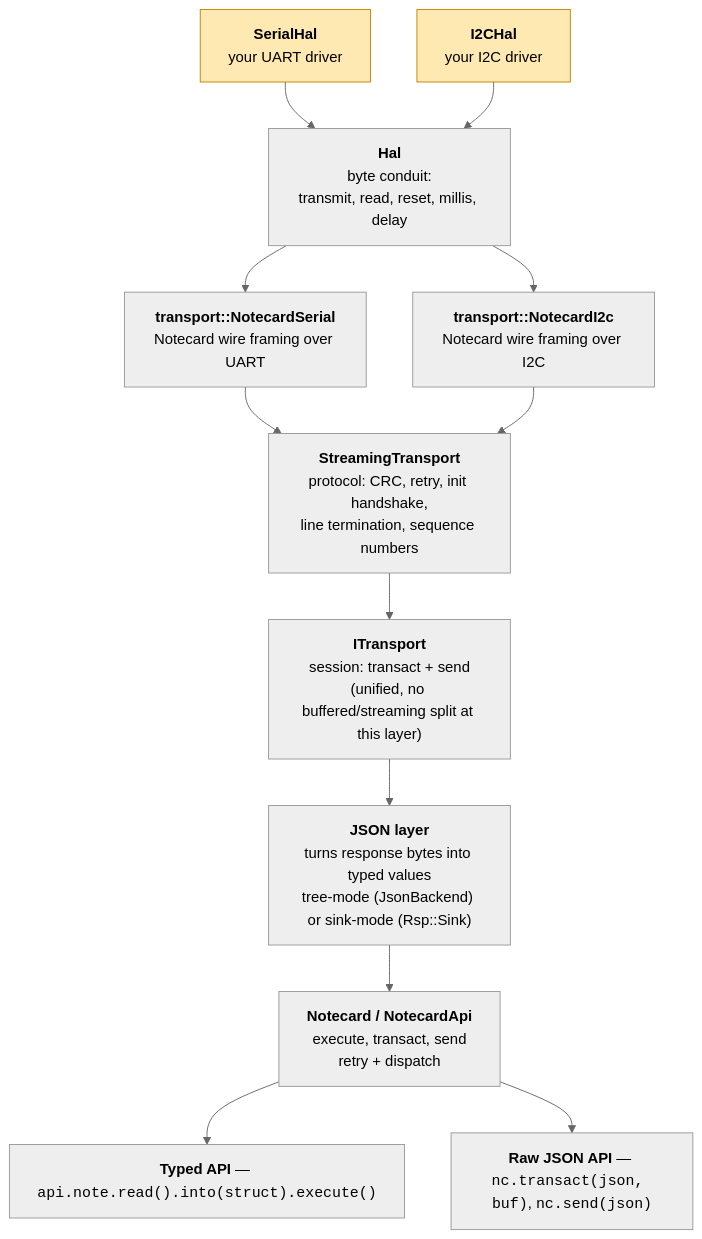
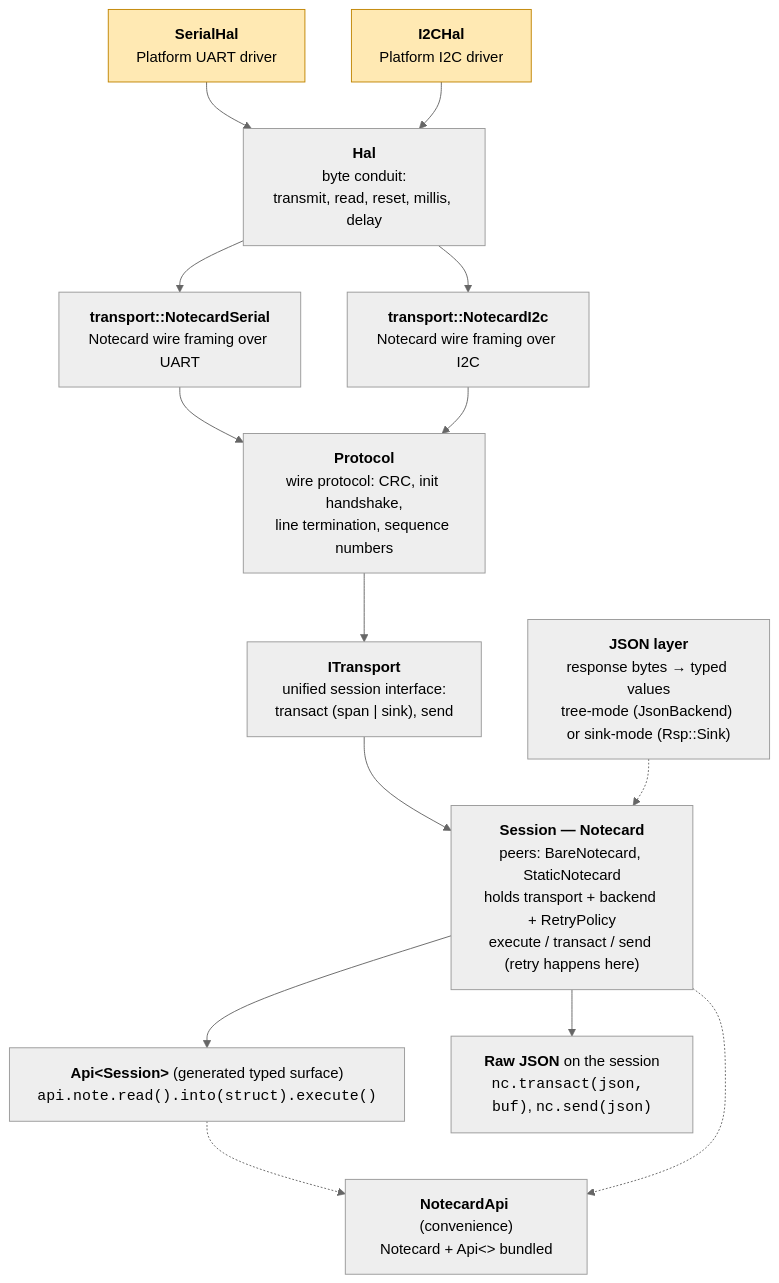
The diagram in docs/transport.md (m-mcgowan/note-cpp), drawn with Mermaid (neutral theme) before and after one commit. The commit also changed other lines of this file, not shown here.

First line of the commit message:
docs(transport): Restate the layered model post-Phase-4 rename

````diff
--- a/docs/transport.md
+++ b/docs/transport.md
@@ -12,29 +44,32 @@
 ```mermaid
 flowchart TD
     Hal["<b>Hal</b><br/>byte conduit:<br/>transmit, read, reset, millis, delay"]
     NCSer["<b>transport::NotecardSerial</b><br/>Notecard wire framing over UART"]
     NCI2C["<b>transport::NotecardI2c</b><br/>Notecard wire framing over I2C"]
-    Proto["<b>StreamingTransport</b><br/>protocol: CRC, retry, init handshake,<br/>line termination, sequence numbers"]
-    ITrans["<b>ITransport</b><br/>session: transact + send<br/>(unified, no buffered/streaming split at this layer)"]
-    JsonLayer["<b>JSON layer</b><br/>turns response bytes into typed values<br/>tree-mode (JsonBackend) or sink-mode (Rsp::Sink)"]
-    NC["<b>Notecard / NotecardApi</b><br/>execute, transact, send<br/>retry + dispatch"]
-    Typed["<b>Typed API</b> — <code>api.note.read().into(struct).execute()</code>"]
-    Raw["<b>Raw JSON API</b> — <code>nc.transact(json, buf)</code>, <code>nc.send(json)</code>"]
+    Proto["<b>Protocol</b><br/>wire protocol: CRC, init handshake,<br/>line termination, sequence numbers"]
+    ITrans["<b>ITransport</b><br/>unified session interface:<br/>transact (span | sink), send"]
+    JsonLayer["<b>JSON layer</b><br/>response bytes → typed values<br/>tree-mode (JsonBackend) or sink-mode (Rsp::Sink)"]
+    Session["<b>Session — Notecard</b><br/>peers: BareNotecard, StaticNotecard<br/>holds transport + backend + RetryPolicy<br/>execute / transact / send (retry happens here)"]
+    Api["<b>Api&lt;Session&gt;</b> (generated typed surface)<br/><code>api.note.read().into(struct).execute()</code>"]
+    Raw["<b>Raw JSON</b> on the session<br/><code>nc.transact(json, buf)</code>, <code>nc.send(json)</code>"]
+    Bundle["<b>NotecardApi</b> (convenience)<br/>Notecard + Api&lt;&gt; bundled"]
 
-    SerialDriver["<b>SerialHal</b><br/>your UART driver"]
-    I2CDriver["<b>I2CHal</b><br/>your I2C driver"]
+    SerialDriver["<b>SerialHal</b><br/>Platform UART driver"]
+    I2CDriver["<b>I2CHal</b><br/>Platform I2C driver"]
 
     SerialDriver --> Hal
     I2CDriver --> Hal
     Hal --> NCSer & NCI2C
     NCSer --> Proto
     NCI2C --> Proto
     Proto --> ITrans
-    ITrans --> JsonLayer
-    JsonLayer --> NC
-    NC --> Typed
-    NC --> Raw
+    ITrans --> Session
+    JsonLayer -.-> Session
+    Session --> Raw
+    Session --> Api
+    Api -.-> Bundle
+    Session -.-> Bundle
 
     classDef user fill:#ffe9b3,stroke:#c08400,color:#000
     class SerialDriver,I2CDriver user
 ```
````
